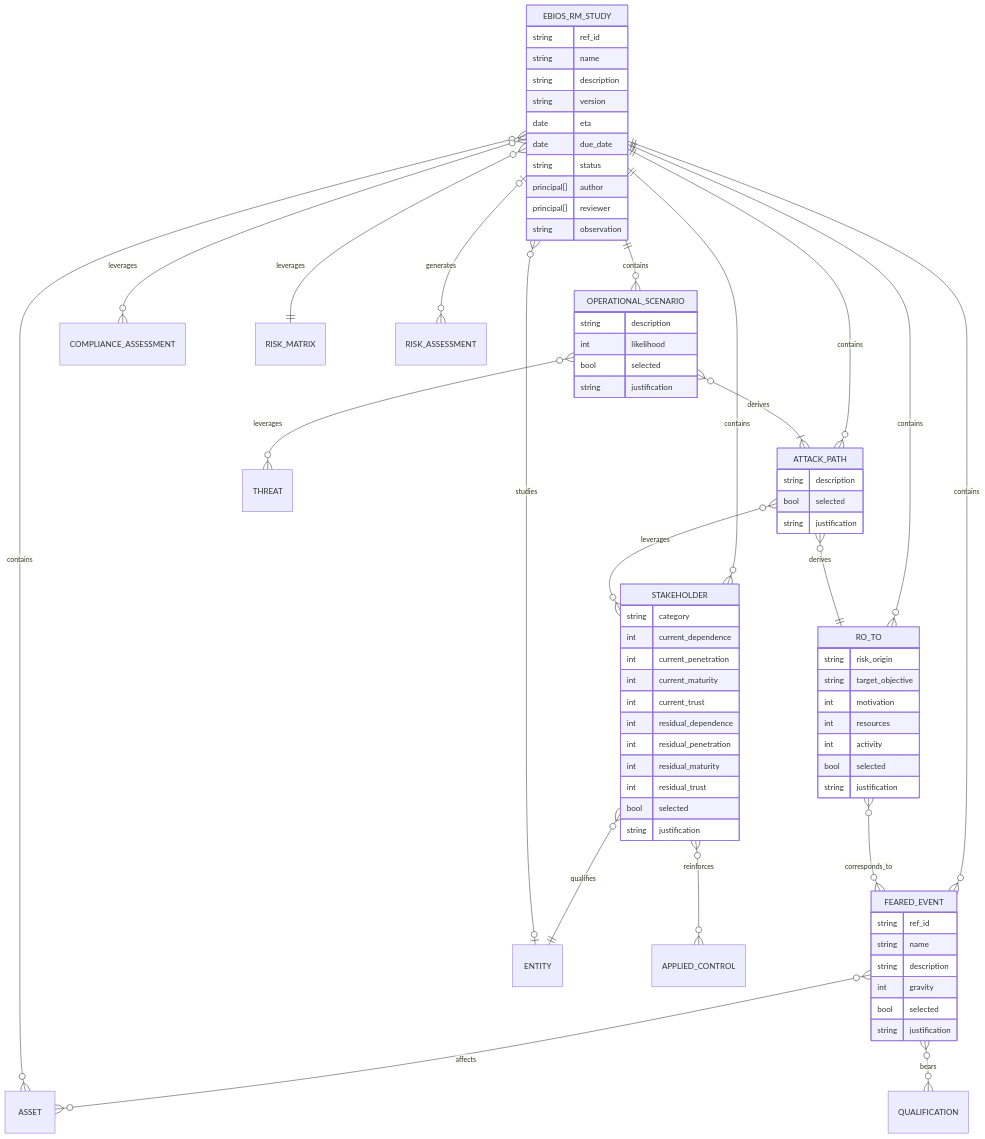
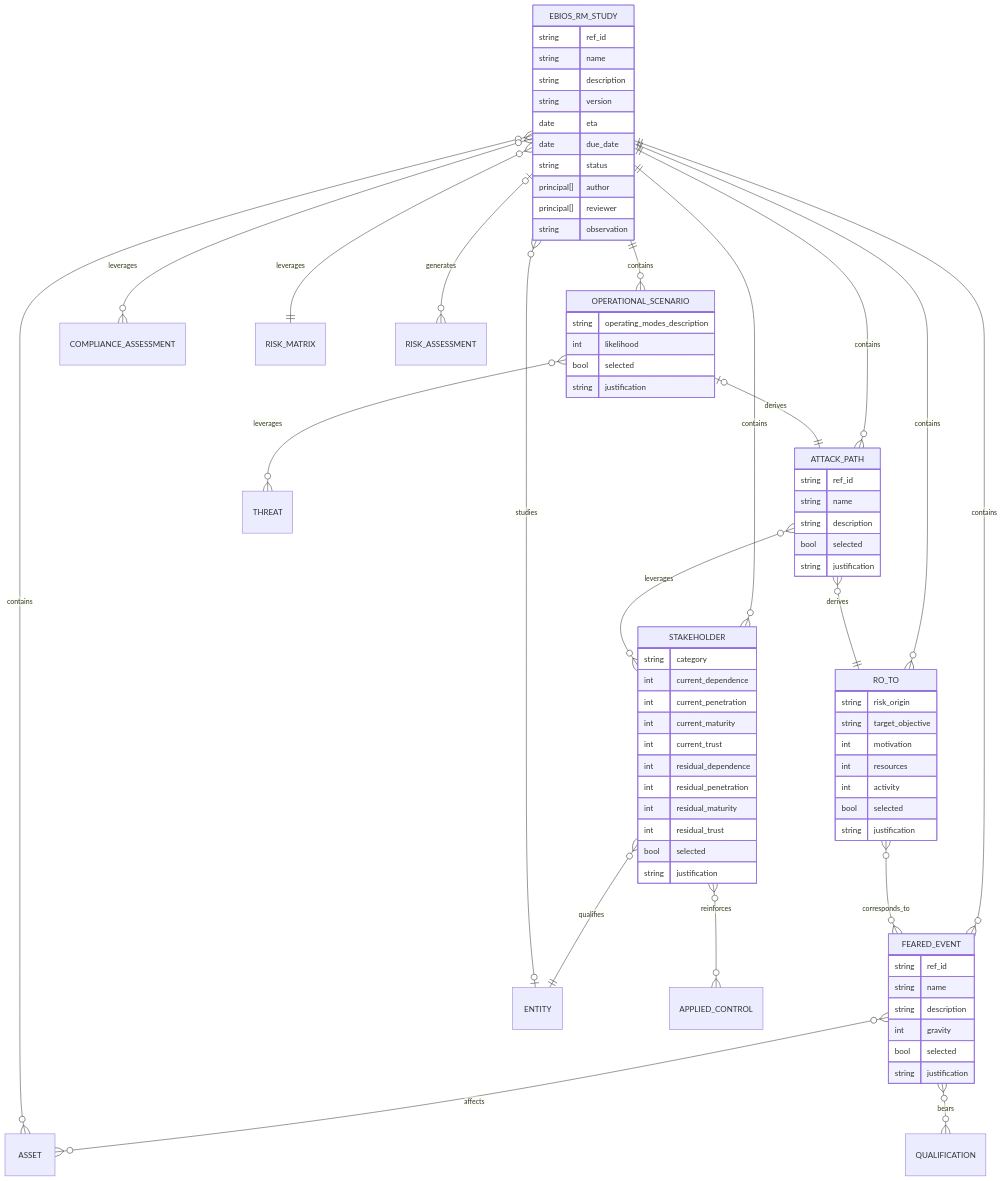
One commit to intuitem/ciso-assistant-community changed the tenth of 10 diagrams in documentation/architecture/data-model.md. Above: the diagram before and after it, drawn with Mermaid.

Commit message:
Update data-model.md
add ref_id/name to attack path
operational scenario corresponds to a single attack path

```diff
--- a/documentation/architecture/data-model.md
+++ b/documentation/architecture/data-model.md
@@ -1292,7 +1292,7 @@
     EBIOS_RM_STUDY        |o--o{ RISK_ASSESSMENT      : generates
     ATTACK_PATH           }o--|| RO_TO                : derives
     RO_TO                 }o--o{ FEARED_EVENT         : corresponds_to
-    OPERATIONAL_SCENARIO  }o--|{ ATTACK_PATH          : derives
+    OPERATIONAL_SCENARIO  |o--|| ATTACK_PATH          : derives
     OPERATIONAL_SCENARIO  }o--o{ THREAT               : leverages
     ATTACK_PATH           }o--o{ STAKEHOLDER          : leverages
     STAKEHOLDER           }o--o{ APPLIED_CONTROL      : reinforces
@@ -1346,13 +1346,15 @@
     }
 
     ATTACK_PATH {
+        string ref_id
+        string name
         string description
         bool   selected
         string justification
     }
 
     OPERATIONAL_SCENARIO {
-        string description
+        string operating_modes_description
         int    likelihood
         bool   selected
         string justification
```
